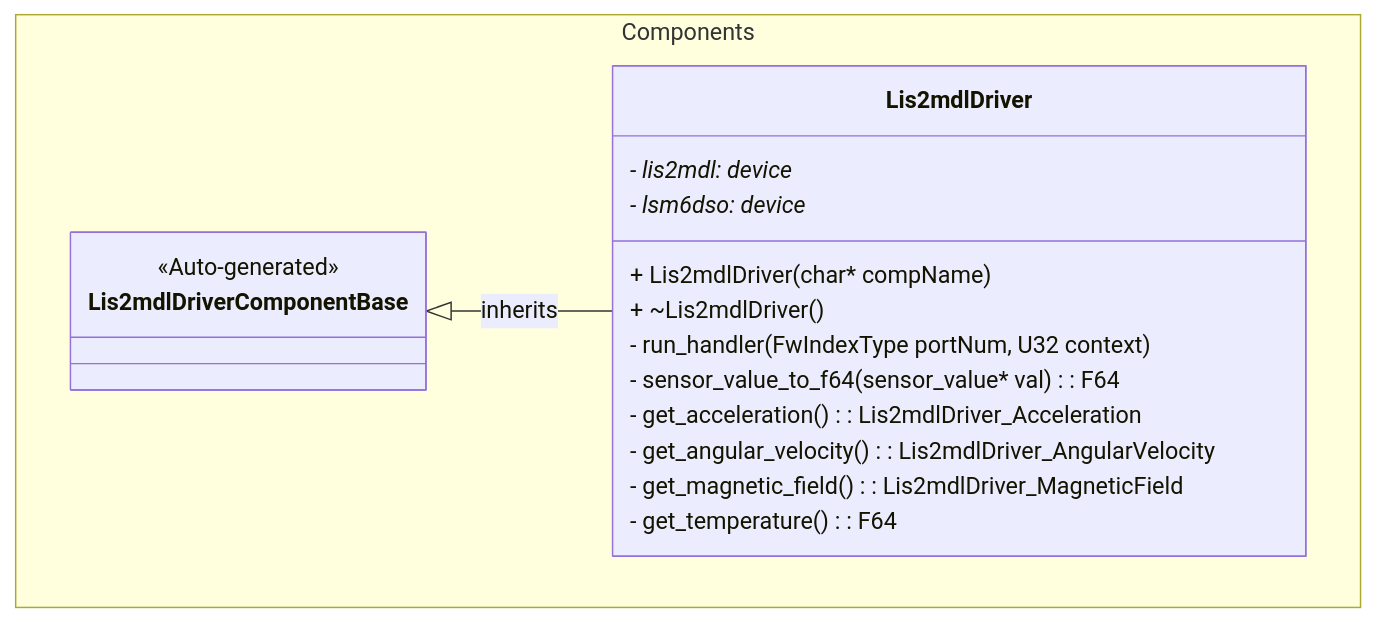
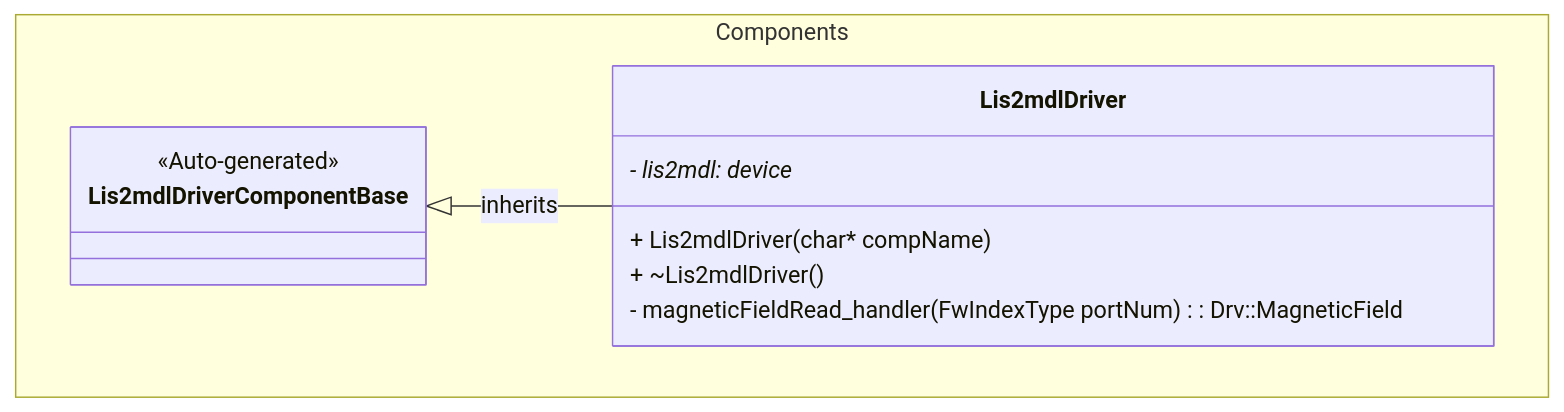
One commit to Open-Source-Space-Foundation/proves-core-reference changed the first of 2 diagrams in FprimeZephyrReference/Components/Drv/Lis2mdlDriver/docs/sdd.md. Above: the diagram before and after it, drawn with Mermaid. The commit also changed other lines of this file and 3 other files, not shown here.

````diff
--- a/FprimeZephyrReference/Components/Drv/Lis2mdlDriver/docs/sdd.md
+++ b/FprimeZephyrReference/Components/Drv/Lis2mdlDriver/docs/sdd.md
@@ -32,21 +20,15 @@
 ```mermaid
 classDiagram
     namespace Components {
         class Lis2mdlDriverComponentBase {
             <<Auto-generated>>
         }
         class Lis2mdlDriver {
             - lis2mdl: device*
-            - lsm6dso: device*
             + Lis2mdlDriver(char* compName)
             + ~Lis2mdlDriver()
-            - run_handler(FwIndexType portNum, U32 context)
-            - sensor_value_to_f64(sensor_value* val): F64
-            - get_acceleration(): Lis2mdlDriver_Acceleration
-            - get_angular_velocity(): Lis2mdlDriver_AngularVelocity
-            - get_magnetic_field(): Lis2mdlDriver_MagneticField
-            - get_temperature(): F64
+            - magneticFieldRead_handler(FwIndexType portNum): Drv::MagneticField
         }
     }
     Lis2mdlDriverComponentBase <|-- Lis2mdlDriver : inherits
 ```
````
